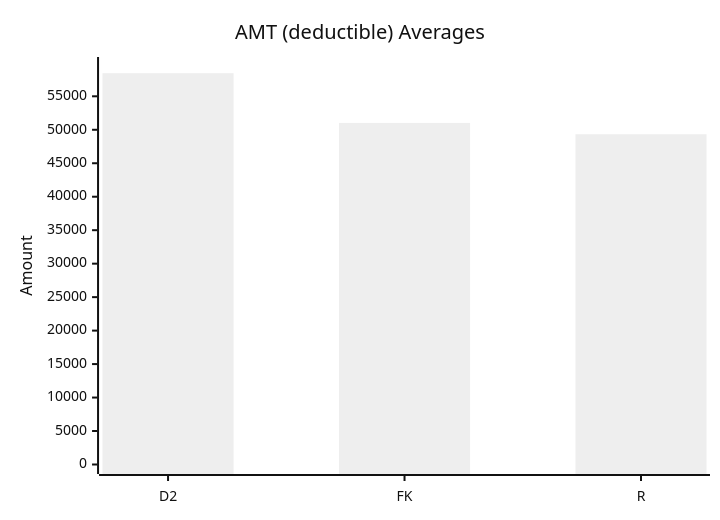
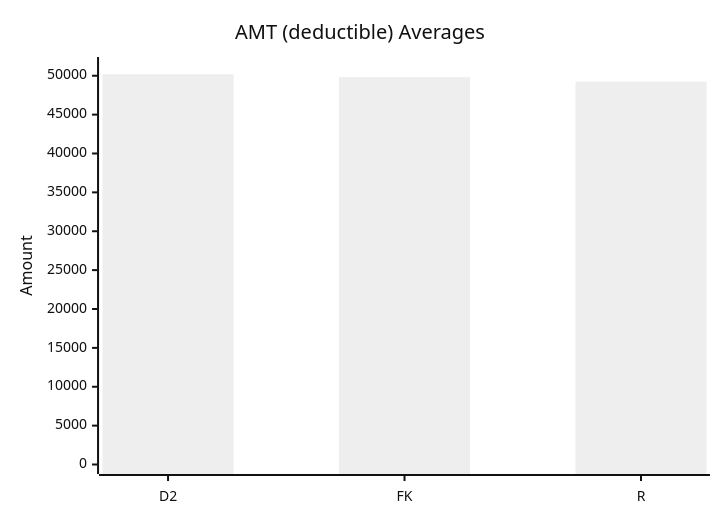
The ninth of 10 diagrams in test-tools/DataGen/src/Statistics_Visualizer.md (dhagan-va/intern-2025), drawn with Mermaid (neutral theme) before and after one commit. The commit also changed other lines of this file and 4 other files, not shown here.

````diff
--- a/test-tools/DataGen/src/Statistics_Visualizer.md
+++ b/test-tools/DataGen/src/Statistics_Visualizer.md
@@ -98,7 +98,7 @@
 ```mermaid
 xychart-beta
     title "AMT (deductible) Averages"
     x-axis ["D2", "FK", "R"]
-    y-axis "Amount" 0 --> 59451.39078431372
-    bar [58451.39078431372, 51026.59313725491, 49330.14862745098]
+    y-axis "Amount" 0 --> 51188.104092953516
+    bar [50188.104092953516, 49817.734702648566, 49241.71635682155]
 ```
````
